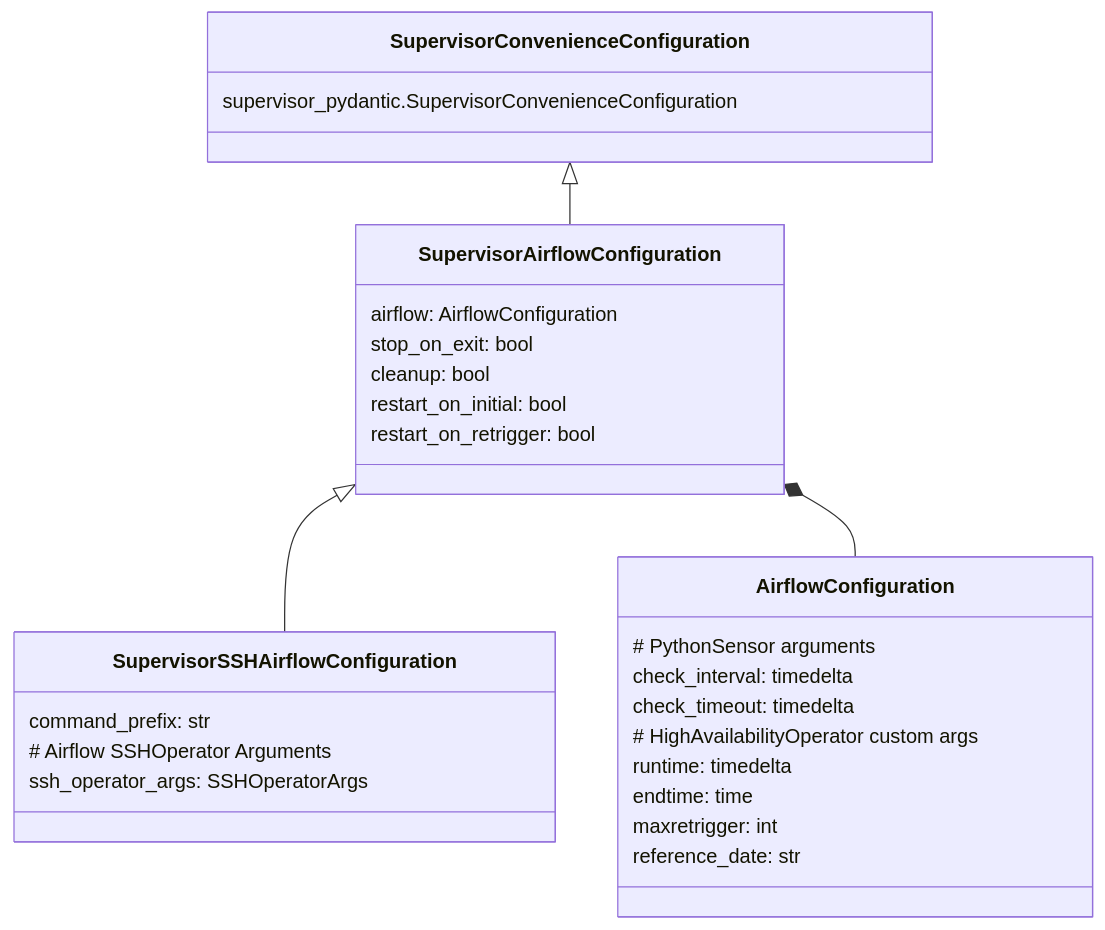
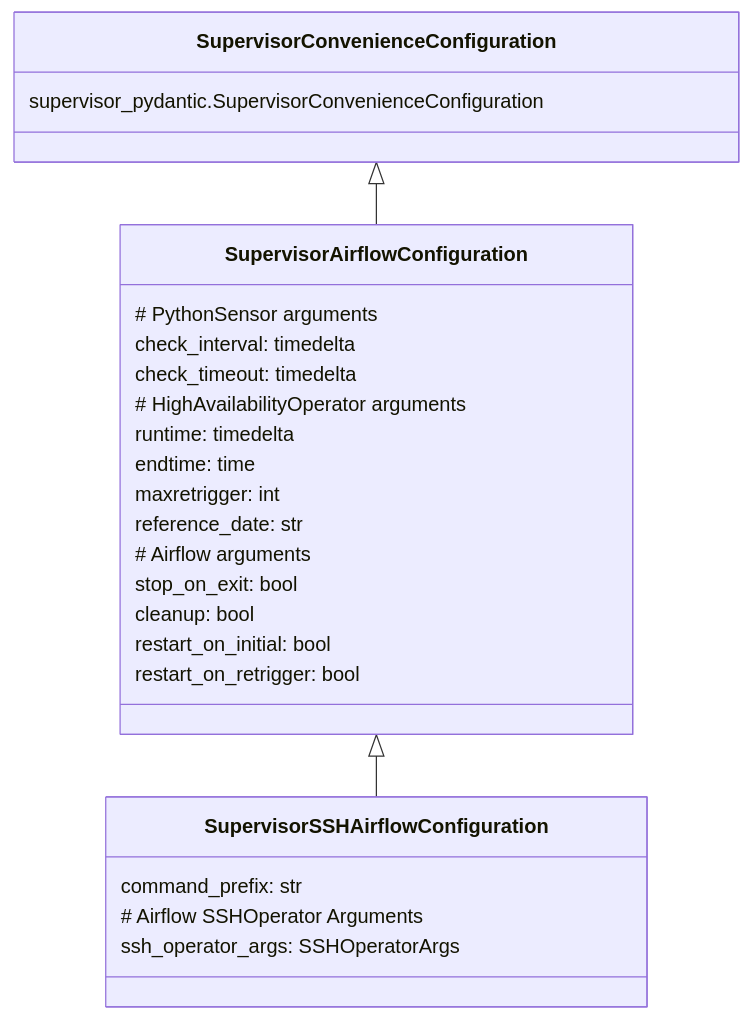
One commit to airflow-laminar/airflow-supervisor changed the diagram in README.md. Above: the diagram before and after it, drawn with Mermaid. The commit also changed other lines of this file and 17 other files, not shown here.

````diff
--- a/README.md
+++ b/README.md
@@ -122,36 +119,33 @@
 ```mermaid
 classDiagram
     SupervisorConvenienceConfiguration <|-- SupervisorAirflowConfiguration
     SupervisorAirflowConfiguration <|-- SupervisorSSHAirflowConfiguration
 
     class SupervisorConvenienceConfiguration {
       supervisor_pydantic.SupervisorConvenienceConfiguration
     }
-    SupervisorAirflowConfiguration *-- AirflowConfiguration
 
     class SupervisorAirflowConfiguration{
-        airflow: AirflowConfiguration
+        # PythonSensor arguments
+        check_interval: timedelta
+        check_timeout: timedelta
 
+        # HighAvailabilityOperator arguments
+        runtime: timedelta
+        endtime: time
+        maxretrigger: int
+        reference_date: str
+
+        # Airflow arguments
         stop_on_exit: bool
         cleanup: bool
         restart_on_initial: bool
         restart_on_retrigger: bool
     }
     class SupervisorSSHAirflowConfiguration {
       command_prefix: str
 
       # Airflow SSHOperator Arguments
       ssh_operator_args: SSHOperatorArgs
     }
-    class AirflowConfiguration {
-      # PythonSensor arguments
-      check_interval: timedelta
-      check_timeout: timedelta
-
-      # HighAvailabilityOperator custom args
-      runtime: timedelta
-      endtime: time
-      maxretrigger: int
-      reference_date: str
-    }
 ```
````
